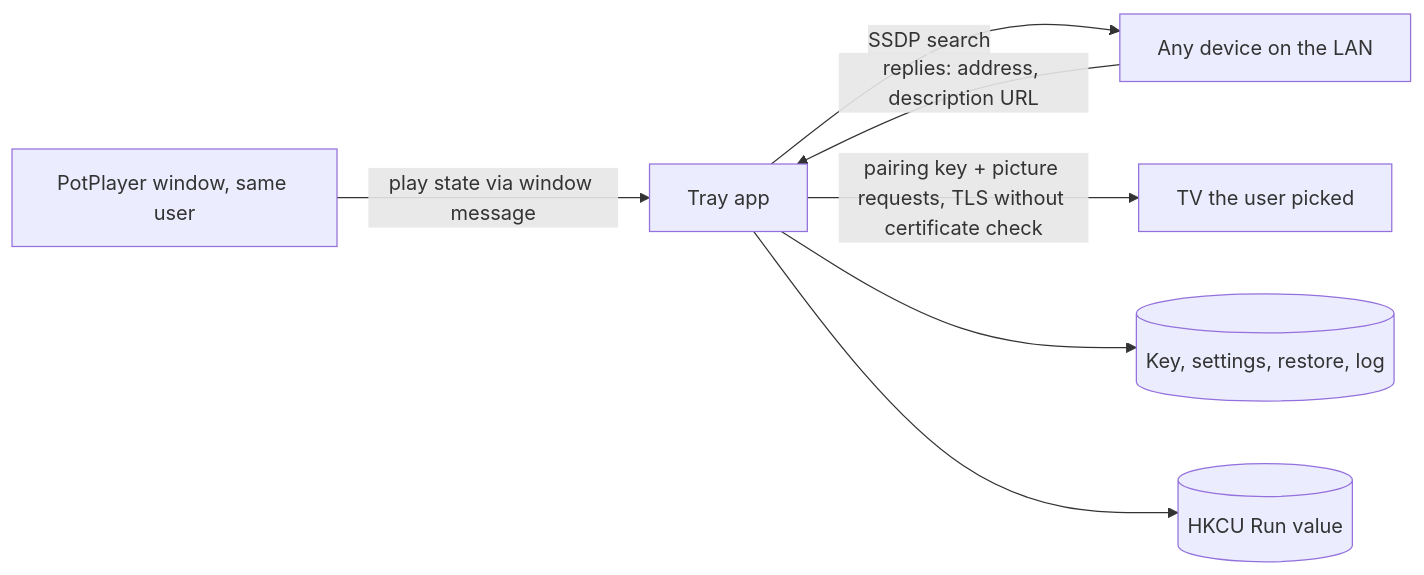
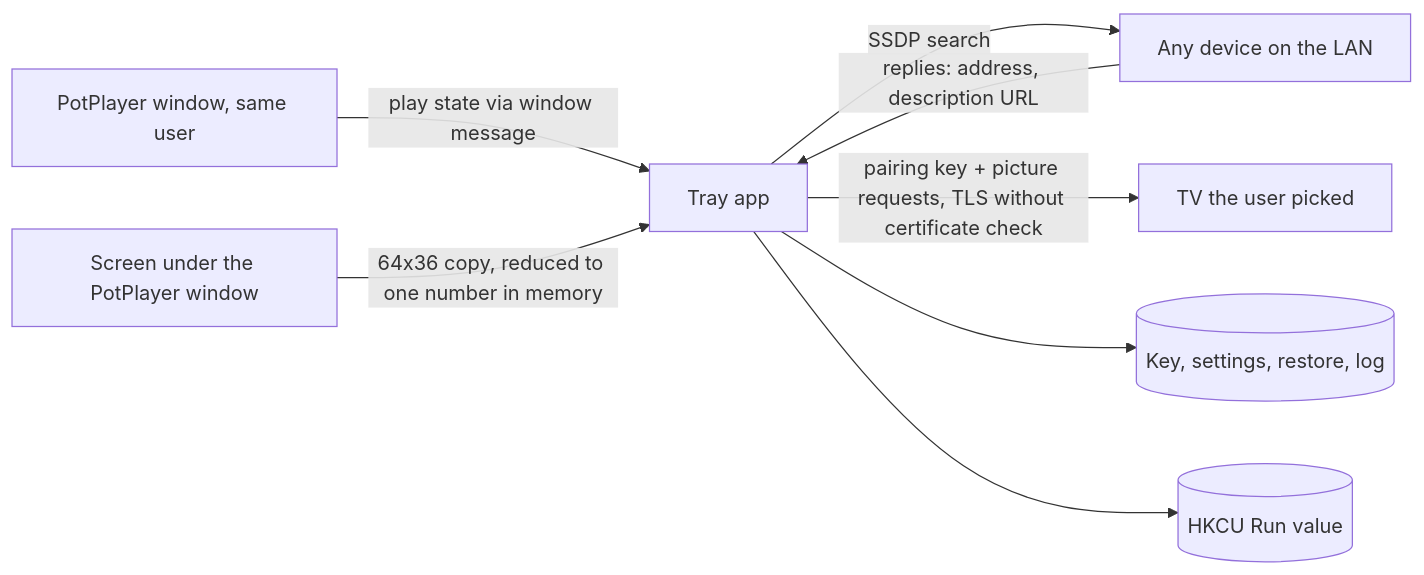
The diagram in docs/security/threat-model.md (roko-tech/potplayer-tv-brightness), drawn with Mermaid before and after one commit. The commit also changed other lines of this file and 20 other files, not shown here.

````diff
--- a/docs/security/threat-model.md
+++ b/docs/security/threat-model.md
@@ -37,9 +39,10 @@
 ```mermaid
 flowchart LR
     PotPlayer[PotPlayer window, same user] -->|play state via window message| App[Tray app]
+    Screen[Screen under the PotPlayer window] -->|64x36 copy, reduced to one number in memory| App
     App -->|SSDP search| LAN[Any device on the LAN]
     LAN -->|replies: address, description URL| App
     App -->|pairing key + picture requests, TLS without certificate check| TV[TV the user picked]
     App --> Files[(Key, settings, restore, log)]
     App --> Run[(HKCU Run value)]
 ```
````
